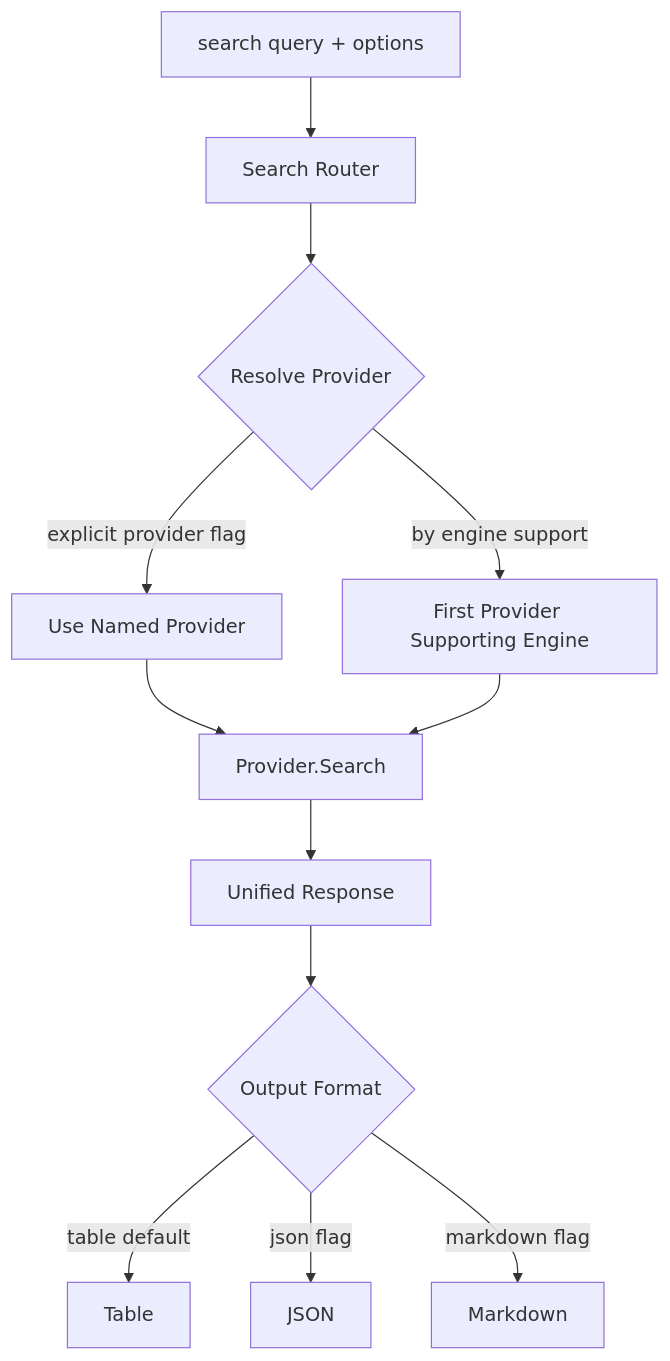
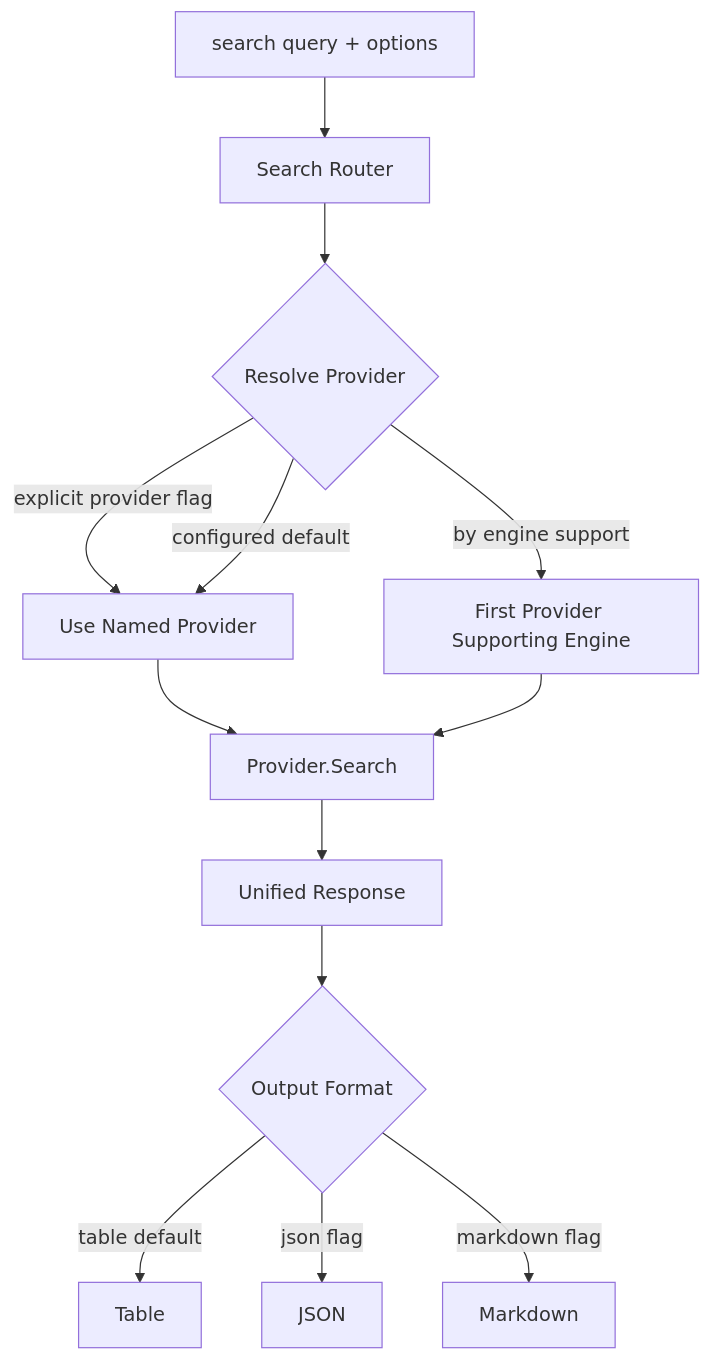
The third of 3 diagrams in docs/en/04-architecture.md (ioplane/scrapedoctl), drawn with Mermaid before and after one commit. The commit also changed other lines of this file and 14 other files, not shown here.

````diff
--- a/docs/en/04-architecture.md
+++ b/docs/en/04-architecture.md
@@ -87,14 +89,15 @@
 ```mermaid
 graph TD
     Query[search query + options] --> Router[Search Router]
     Router --> Resolve{Resolve Provider}
     Resolve -- "explicit provider flag" --> Direct[Use Named Provider]
+    Resolve -- "configured default" --> Direct
     Resolve -- "by engine support" --> Match[First Provider Supporting Engine]
     Direct --> Execute[Provider.Search]
     Match --> Execute
     Execute --> Response[Unified Response]
     Response --> Format{Output Format}
     Format -- "table default" --> Table[Table]
     Format -- "json flag" --> JSON[JSON]
     Format -- "markdown flag" --> Markdown[Markdown]
 ```
````
